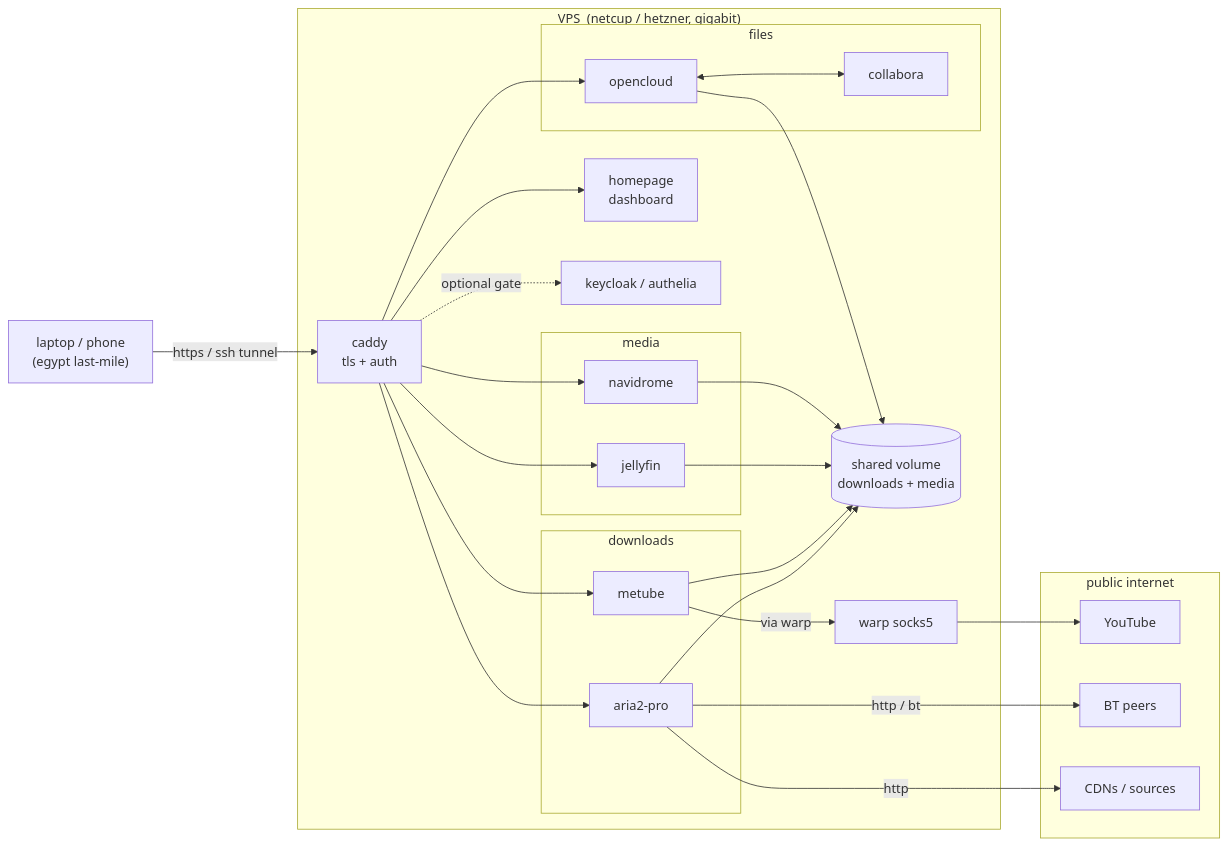
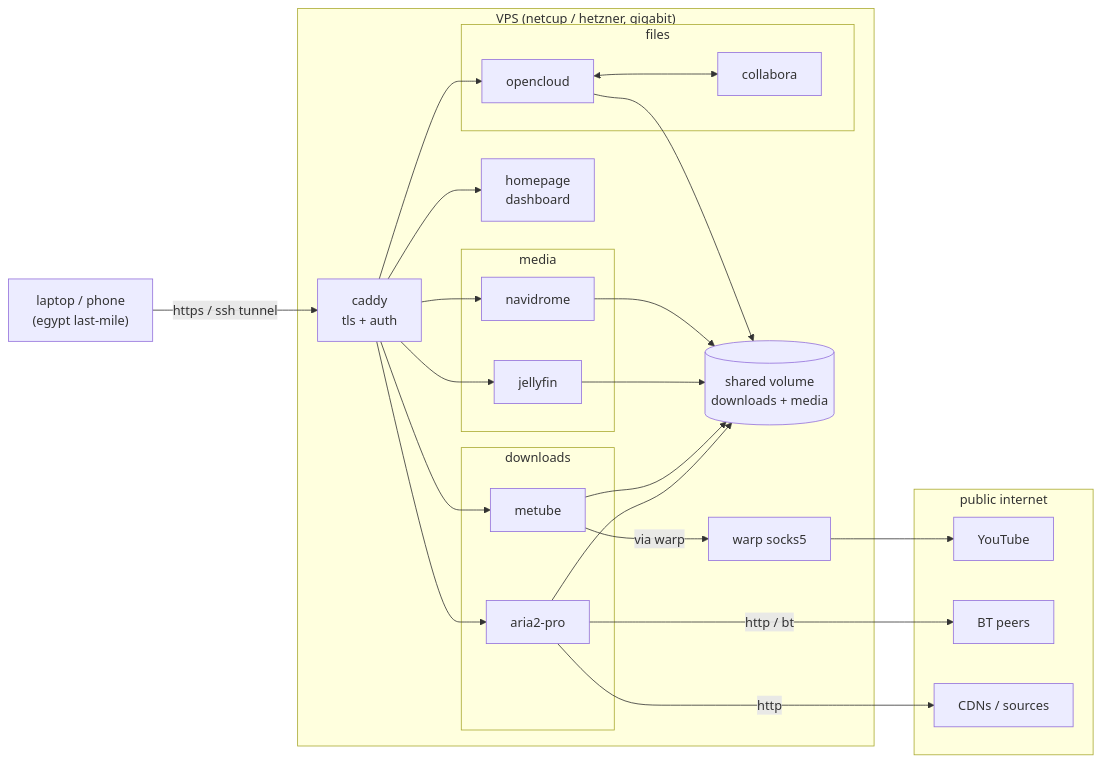
One commit to Mostafa-M-Hussein/qanat changed the diagram in README.md. Above: the diagram before and after it, drawn with Mermaid. The commit also changed other lines of this file, not shown here.

````diff
--- a/README.md
+++ b/README.md
@@ -59,52 +32,50 @@
 ```mermaid
 flowchart LR
     laptop["laptop / phone<br/>(egypt last-mile)"]
 
     subgraph net["public internet"]
       yt[YouTube]
       bt[BT peers]
       cdn[CDNs / sources]
     end
 
-    subgraph vps["VPS &nbsp;(netcup / hetzner, gigabit)"]
+    subgraph vps["VPS (netcup / hetzner, gigabit)"]
       caddy["caddy<br/>tls + auth"]
       homepage[homepage<br/>dashboard]
 
       subgraph dl["downloads"]
         aria2[aria2-pro]
         metube[metube]
       end
 
       subgraph media["media"]
         jellyfin[jellyfin]
         navidrome[navidrome]
       end
 
       subgraph cloud["files"]
         opencloud[opencloud]
         collabora[collabora]
       end
 
-      sso[keycloak / authelia]
       warp[warp socks5]
       disk[("shared volume<br/>downloads + media")]
     end
 
     laptop -->|https / ssh tunnel| caddy
     caddy --> homepage
     caddy --> aria2 & metube & jellyfin & navidrome & opencloud
-    caddy -.optional gate.-> sso
 
     aria2 --> disk
     metube --> disk
     jellyfin --> disk
     navidrome --> disk
     opencloud --> disk
 
     aria2 -->|http / bt| bt
     aria2 -->|http| cdn
     metube -->|via warp| warp
     warp --> yt
 
     opencloud <--> collabora
 ```
````
